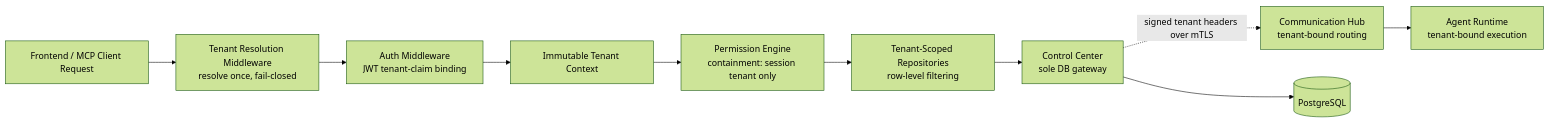
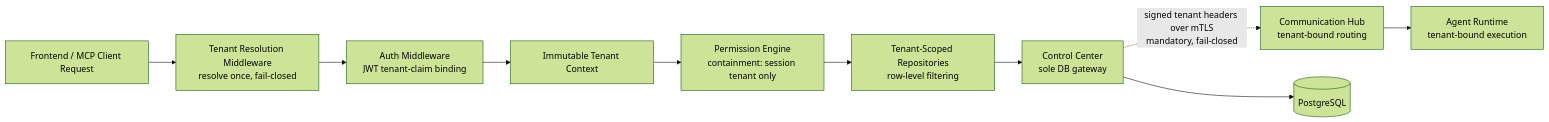
Before and after one commit to hurungang/parthenon: the fifth of 6 diagrams in docs/master/architecture/system-overview.md, drawn with Mermaid (forest theme). The commit also changed other lines of this file and 231 other files, not shown here.

````diff
--- a/docs/master/architecture/system-overview.md
+++ b/docs/master/architecture/system-overview.md
@@ -126,17 +137,17 @@
 ```mermaid
 flowchart LR
     REQ[Frontend / MCP Client Request]
     TRM[Tenant Resolution Middleware<br/>resolve once, fail-closed]
     AM[Auth Middleware<br/>JWT tenant-claim binding]
     TC[Immutable Tenant Context]
     PE[Permission Engine<br/>containment: session tenant only]
     TSR[Tenant-Scoped Repositories<br/>row-level filtering]
     CC[Control Center<br/>sole DB gateway]
     CH[Communication Hub<br/>tenant-bound routing]
     AR[Agent Runtime<br/>tenant-bound execution]
     DB[(PostgreSQL)]
 
     REQ --> TRM --> AM --> TC
     TC --> PE --> TSR --> CC --> DB
-    CC -.->|signed tenant headers over mTLS| CH --> AR
+    CC -.->|signed tenant headers over mTLS<br/>mandatory, fail-closed| CH --> AR
 ```
````
